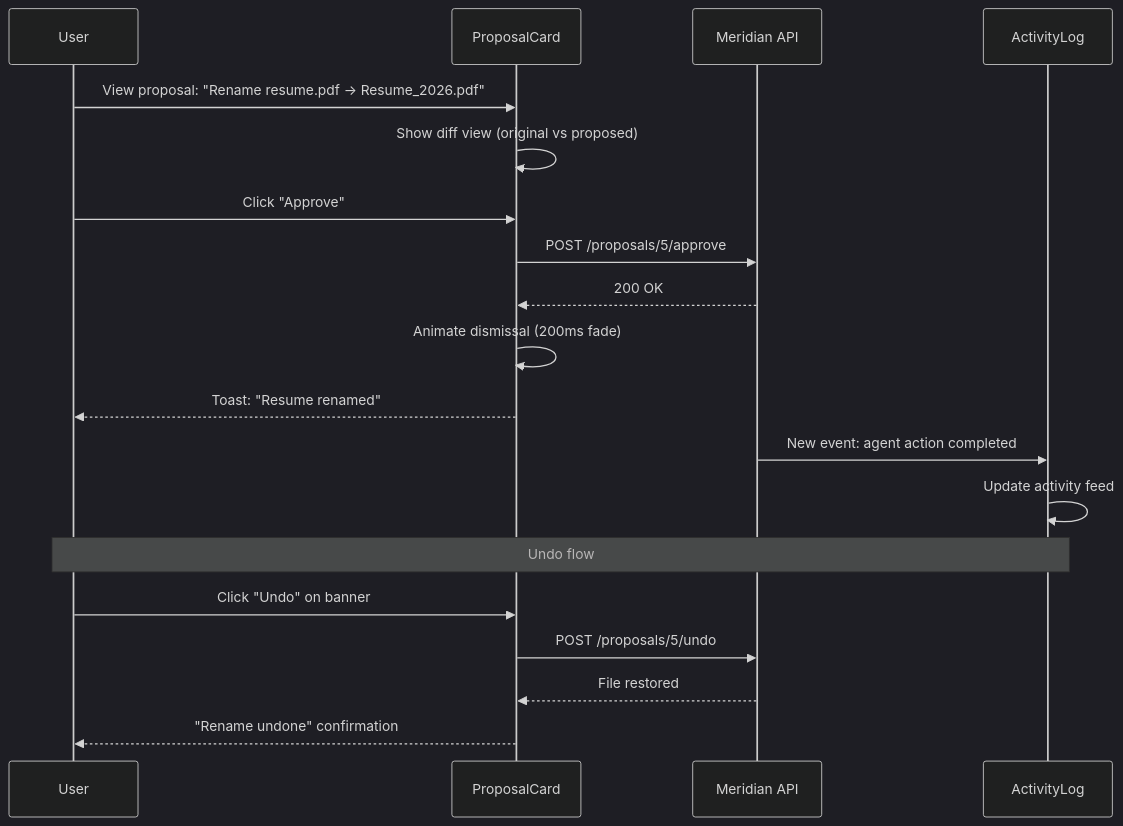
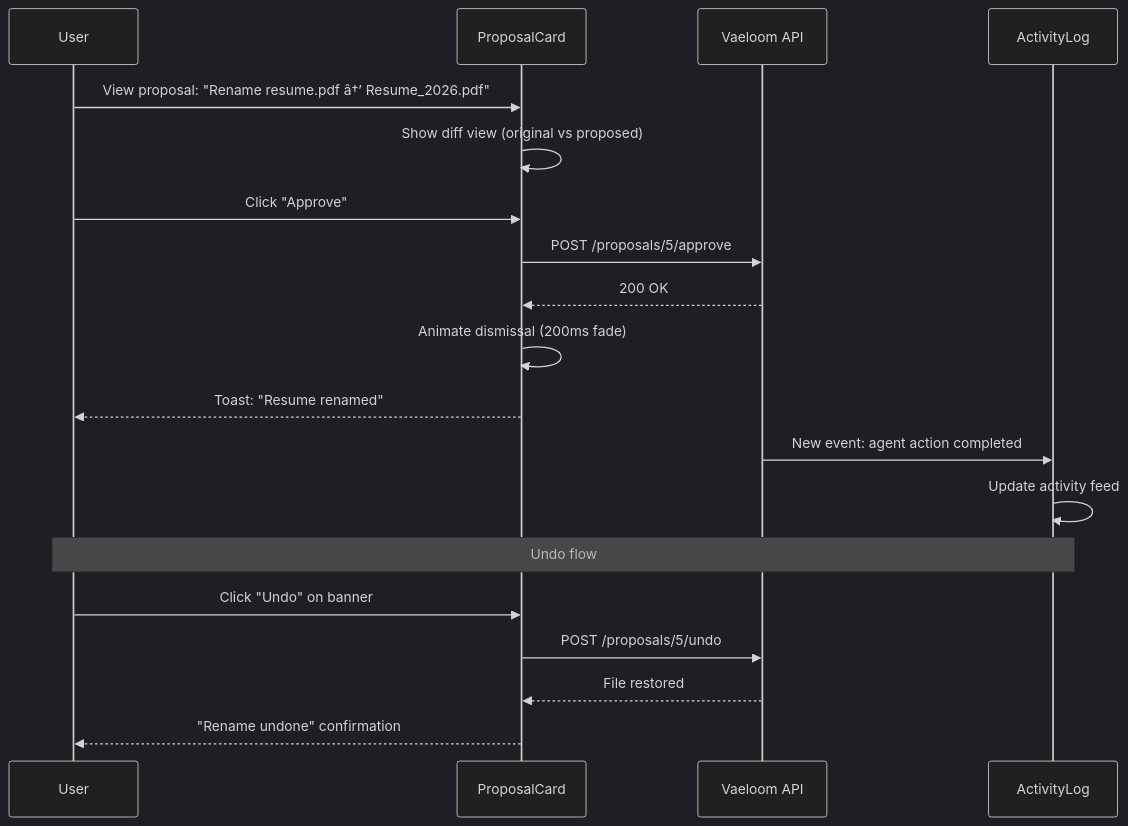
One commit to Driftloom/Vaeloom changed the second of 2 diagrams in Docs/Frontend/UX-Guidelines.md. Above: the diagram before and after it, drawn with Mermaid (dark theme). The commit also changed other lines of this file and 249 other files, not shown here.

Commit message:
Rename all references from Meridian to Vaeloom across docs, scripts, and config

````diff
--- a/Docs/Frontend/UX-Guidelines.md
+++ b/Docs/Frontend/UX-Guidelines.md
@@ -150,23 +150,23 @@
 ```mermaid
 sequenceDiagram
     participant U as User
     participant PC as ProposalCard
-    participant API as Meridian API
+    participant API as Vaeloom API
     participant AL as ActivityLog
 
-    U->>PC: View proposal: "Rename resume.pdf → Resume_2026.pdf"
+    U->>PC: View proposal: "Rename resume.pdf â†’ Resume_2026.pdf"
     PC->>PC: Show diff view (original vs proposed)
     U->>PC: Click "Approve"
     PC->>API: POST /proposals/5/approve
     API-->>PC: 200 OK
     PC->>PC: Animate dismissal (200ms fade)
     PC-->>U: Toast: "Resume renamed"
     API->>AL: New event: agent action completed
     AL->>AL: Update activity feed
 
     Note over U,AL: Undo flow
     U->>PC: Click "Undo" on banner
     PC->>API: POST /proposals/5/undo
     API-->>PC: File restored
     PC-->>U: "Rename undone" confirmation
 ```
````
